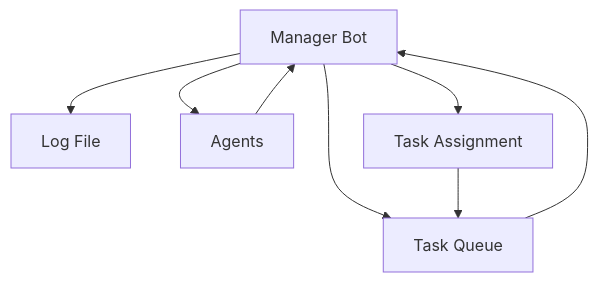
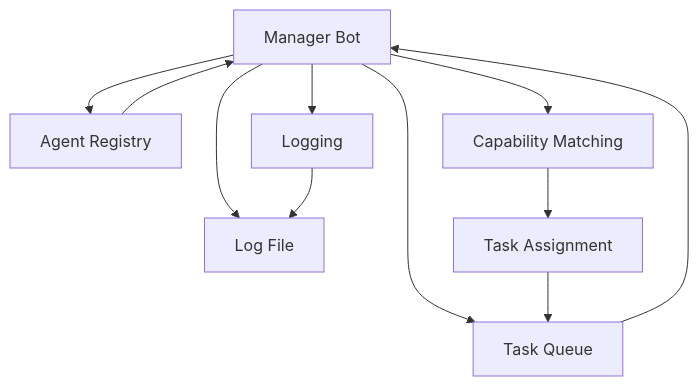
Before and after one commit to garysieling/medieval_organizer_game: the diagram in game2-core/agents/manager-bot.md, drawn with Mermaid. The commit also changed other lines of this file and 3 other files, not shown here.

First line of the commit message:
Sprint 1 Task 3: Update Manager Bot for All Agent Types

````diff
--- a/game2-core/agents/manager-bot.md
+++ b/game2-core/agents/manager-bot.md
@@ -9,10 +9,13 @@
 ```mermaid
 graph TD
     A[Manager Bot] --> B[Task Queue]
     A --> C[Log File]
-    A --> D[Agents]
+    A --> D[Agent Registry]
     B --> A
     D --> A
-    A --> E[Task Assignment]
-    E --> B
+    A --> E[Capability Matching]
+    E --> F[Task Assignment]
+    F --> B
+    A --> G[Logging]
+    G --> C
 ```
````
